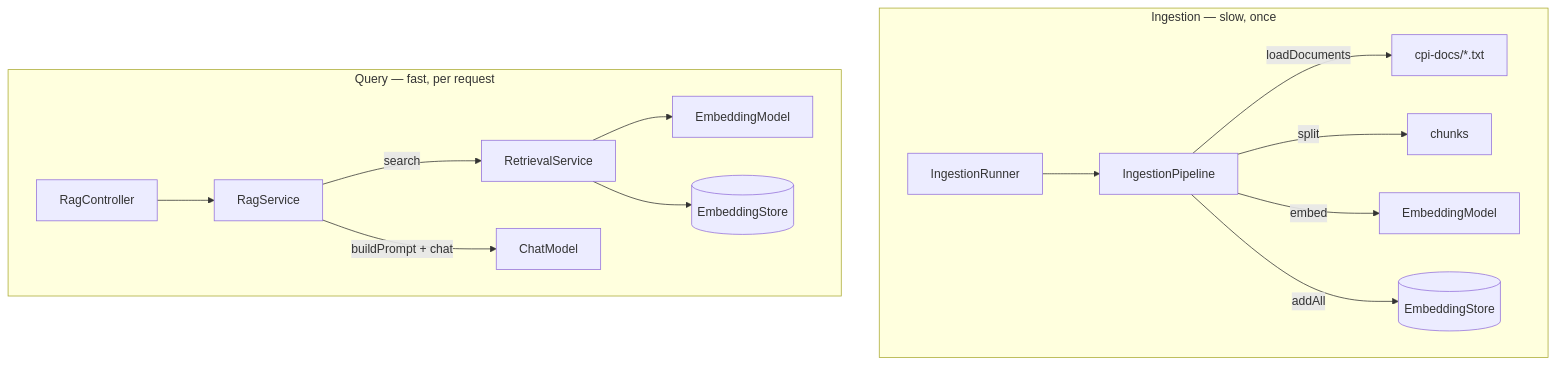
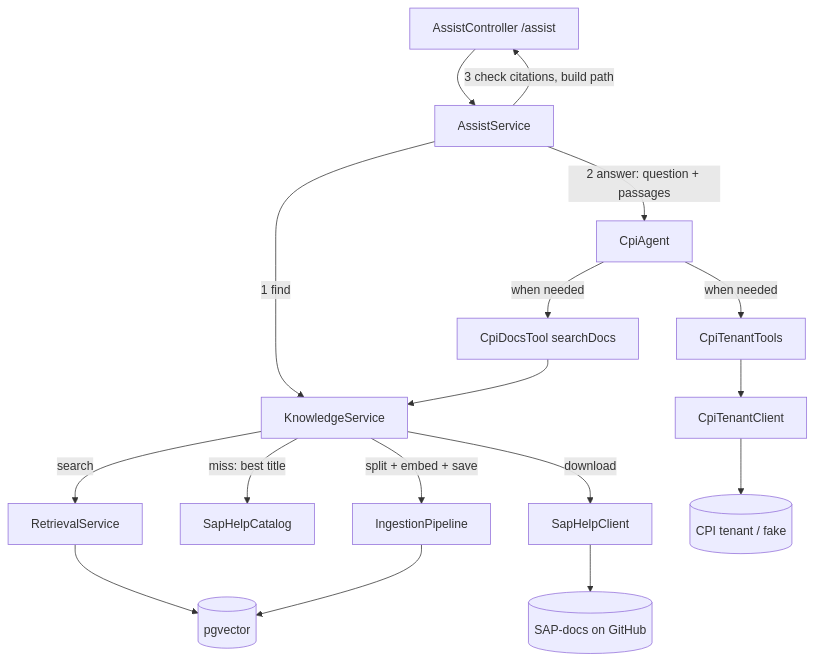
The diagram in docs/ARCHITECTURE.md (hhovhann/cpi-assistant), drawn with Mermaid before and after one commit. The commit also changed other lines of this file and 55 other files, not shown here.

````diff
--- a/docs/ARCHITECTURE.md
+++ b/docs/ARCHITECTURE.md
@@ -35,19 +31,13 @@
 ```mermaid
 flowchart TB
-    subgraph Ingestion["Ingestion — slow, once"]
-        direction LR
-        IR[IngestionRunner] --> IP[IngestionPipeline]
-        IP -->|loadDocuments| D[cpi-docs/*.txt]
-        IP -->|split| C[chunks]
-        IP -->|embed| EM1[EmbeddingModel]
-        IP -->|addAll| ES[(EmbeddingStore)]
-    end
-    subgraph Query["Query — fast, per request"]
-        direction LR
-        RC[RagController] --> RS[RagService]
-        RS -->|search| RT[RetrievalService]
-        RT --> EM2[EmbeddingModel]
-        RT --> ES2[(EmbeddingStore)]
-        RS -->|buildPrompt + chat| CM[ChatModel]
-    end
+    AC[AssistController /assist] --> AS[AssistService]
+    AS -->|1 find| KS[KnowledgeService]
+    KS -->|search| RS[RetrievalService] --> ST[(pgvector)]
+    KS -->|miss: best title| CAT[SapHelpCatalog]
+    KS -->|download| CL[SapHelpClient] --> GH[(SAP-docs on GitHub)]
+    KS -->|split + embed + save| IP[IngestionPipeline] --> ST
+    AS -->|2 answer: question + passages| AG[CpiAgent]
+    AG -->|when needed| DT[CpiDocsTool searchDocs] --> KS
+    AG -->|when needed| TT[CpiTenantTools] --> TC[CpiTenantClient] --> TEN[(CPI tenant / fake)]
+    AS -->|3 check citations, build path| AC
 ```
````
